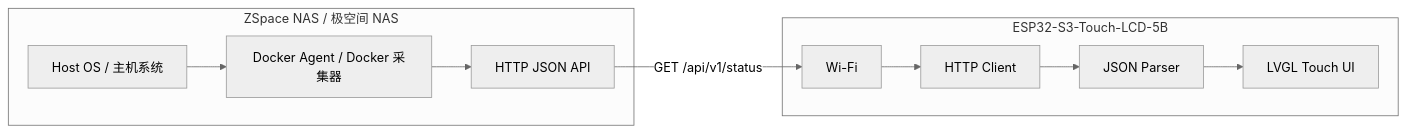
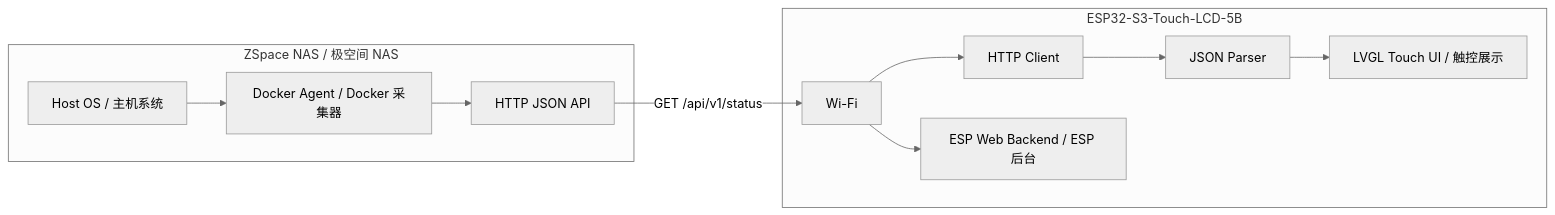
One commit to Panda-995/NASflow changed the diagram in docs/ARCHITECTURE.md. Above: the diagram before and after it, drawn with Mermaid (neutral theme). The commit also changed other lines of this file and 18 other files, not shown here.

````diff
--- a/docs/ARCHITECTURE.md
+++ b/docs/ARCHITECTURE.md
@@ -7,19 +7,21 @@
 ```mermaid
 flowchart LR
   subgraph NAS["ZSpace NAS / 极空间 NAS"]
     Host["Host OS / 主机系统"]
     Agent["Docker Agent / Docker 采集器"]
     API["HTTP JSON API"]
     Host --> Agent --> API
   end
 
   subgraph Device["ESP32-S3-Touch-LCD-5B"]
     WiFi["Wi-Fi"]
     Client["HTTP Client"]
     Parser["JSON Parser"]
-    UI["LVGL Touch UI"]
+    UI["LVGL Touch UI / 触控展示"]
+    Web["ESP Web Backend / ESP 后台"]
     WiFi --> Client --> Parser --> UI
+    WiFi --> Web
   end
 
   API -->|GET /api/v1/status| WiFi
 ```
````
